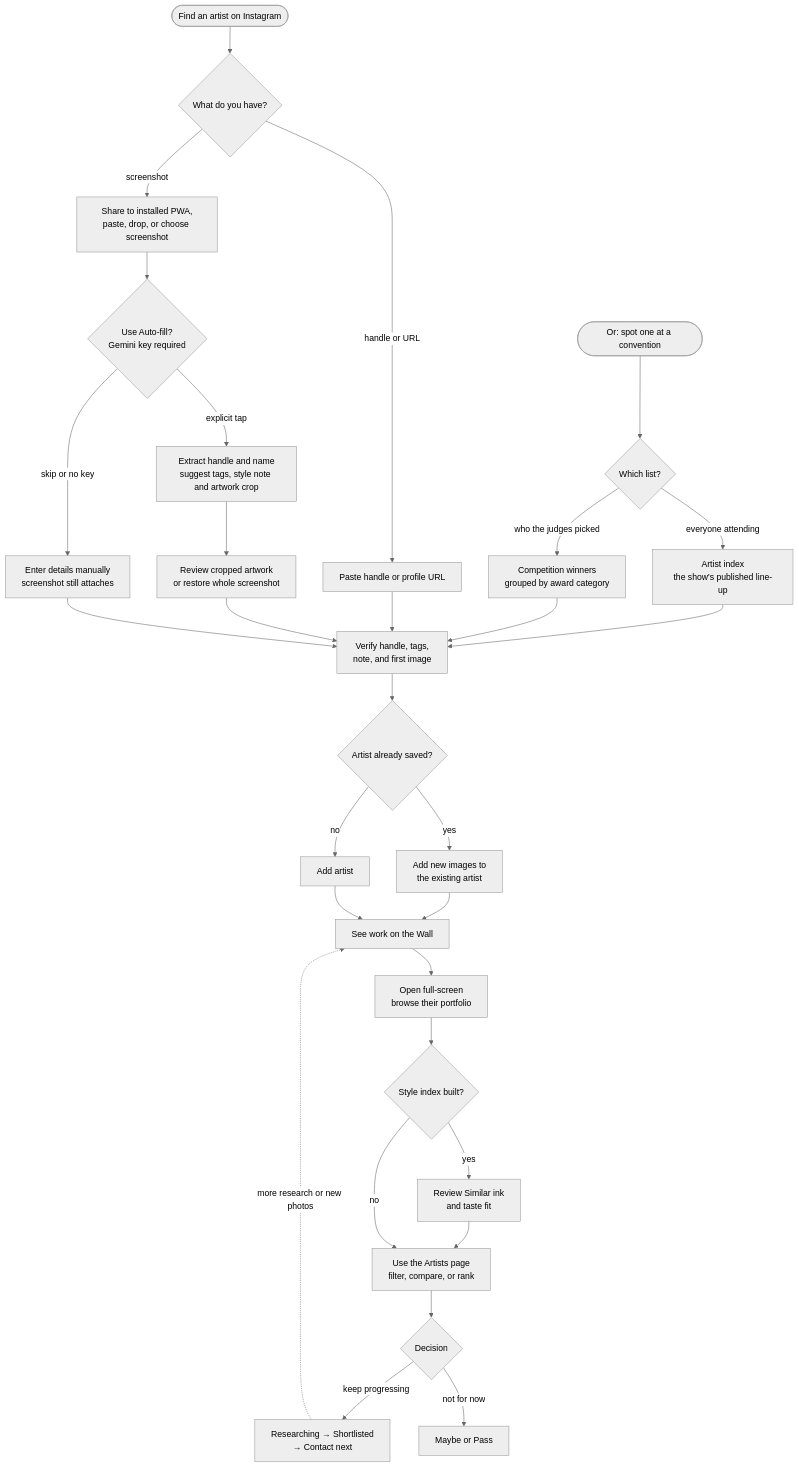
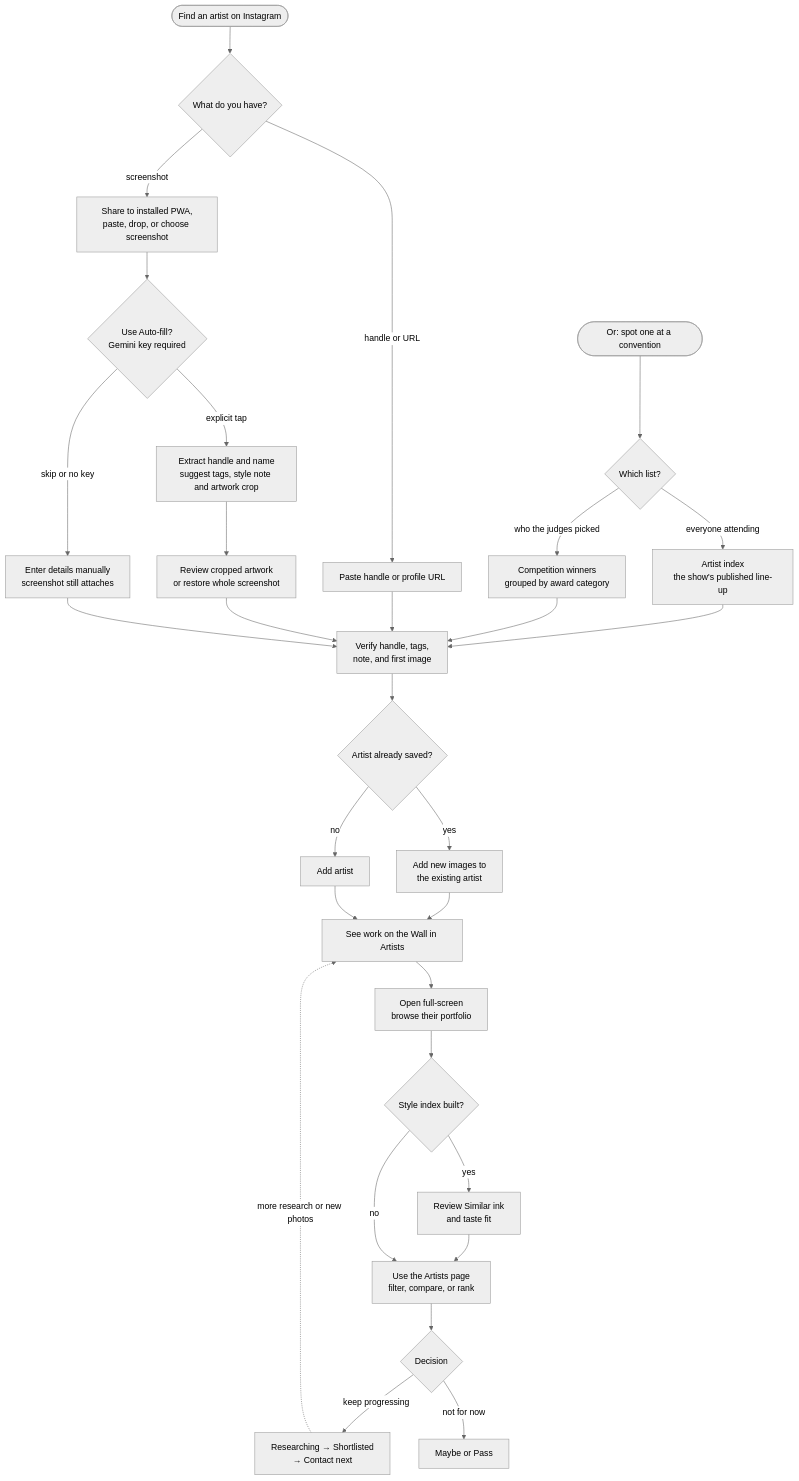
The second of 8 diagrams in docs/USER-WORKFLOWS.md (Pritesh1980/sable), drawn with Mermaid (neutral theme) before and after one commit. The commit also changed 10 other files, not shown here.

Commit message:
docs: Home start page and the Wall inside Artists (#220)

````diff
--- a/docs/USER-WORKFLOWS.md
+++ b/docs/USER-WORKFLOWS.md
@@ -50,46 +50,46 @@
 ```mermaid
 flowchart TB
   START(["Find an artist on Instagram"])
   SHOW(["Or: spot one at a convention"])
   RADARIN{"Which list?"}
   LINEUP["Artist index<br/>the show's published line-up"]
   WINNERS["Competition winners<br/>grouped by award category"]
   CAPTURE{"What do you have?"}
   SHOT["Share to installed PWA,<br/>paste, drop, or choose screenshot"]
   HANDLE["Paste handle or profile URL"]
   KEY{"Use Auto-fill?<br/>Gemini key required"}
   ANALYSE["Extract handle and name<br/>suggest tags, style note and artwork crop"]
   CROP["Review cropped artwork<br/>or restore whole screenshot"]
   MANUAL["Enter details manually<br/>screenshot still attaches"]
   VERIFY["Verify handle, tags,<br/>note, and first image"]
   DUP{"Artist already saved?"}
   APPEND["Add new images to<br/>the existing artist"]
   ADD["Add artist"]
-  WALL["See work on the Wall"]
+  WALL["See work on the Wall in Artists"]
   VIEW["Open full-screen<br/>browse their portfolio"]
   INDEX{"Style index built?"}
   SIMILAR["Review Similar ink<br/>and taste fit"]
   ORGANISE["Use the Artists page<br/>filter, compare, or rank"]
   STATUS{"Decision"}
   ACTIVE["Researching → Shortlisted<br/>→ Contact next"]
   PARK["Maybe or Pass"]
 
   START --> CAPTURE
   SHOW --> RADARIN
   RADARIN -- "everyone attending" --> LINEUP --> VERIFY
   RADARIN -- "who the judges picked" --> WINNERS --> VERIFY
   CAPTURE -- "screenshot" --> SHOT --> KEY
   CAPTURE -- "handle or URL" --> HANDLE --> VERIFY
   KEY -- "explicit tap" --> ANALYSE --> CROP --> VERIFY
   KEY -- "skip or no key" --> MANUAL --> VERIFY
   VERIFY --> DUP
   DUP -- yes --> APPEND --> WALL
   DUP -- no --> ADD --> WALL
   WALL --> VIEW --> INDEX
   INDEX -- yes --> SIMILAR --> ORGANISE
   INDEX -- no --> ORGANISE
   ORGANISE --> STATUS
   STATUS -- "keep progressing" --> ACTIVE
   STATUS -- "not for now" --> PARK
   ACTIVE -. "more research or new photos" .-> WALL
 ```
````
